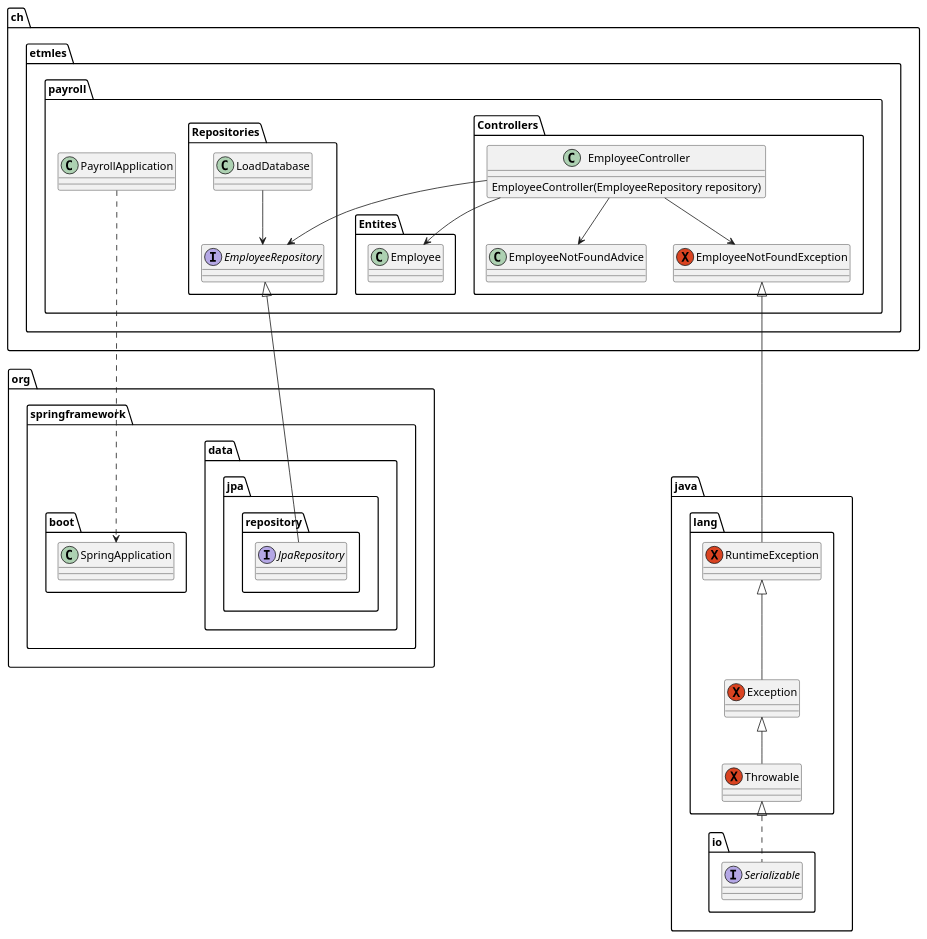
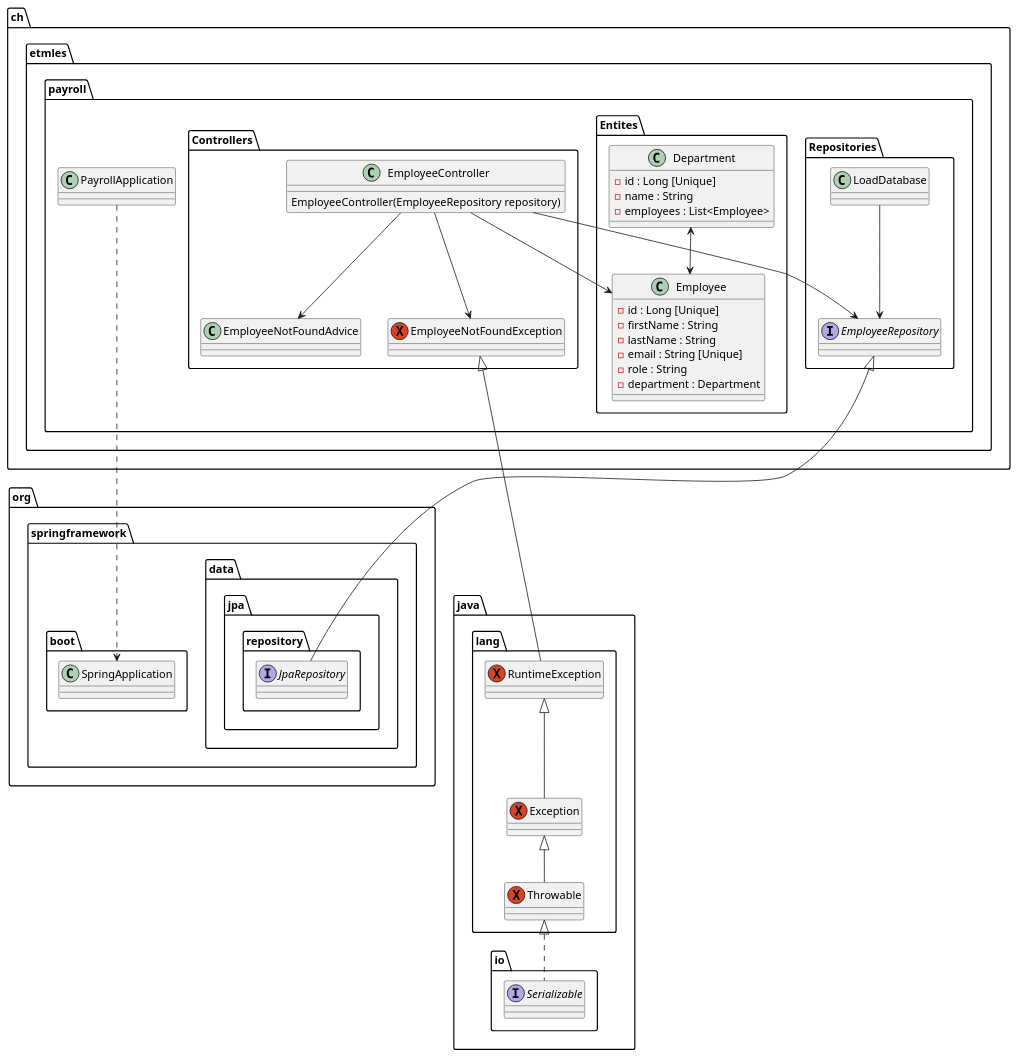
The diagram in class_diagram.puml (SebastienDuruz/spring-warm-up), drawn with PlantUML before and after one commit.

Commit message:
Doc: Update class_diagram

```diff
--- a/class_diagram.puml
+++ b/class_diagram.puml
@@ -1,61 +1,76 @@
 @startuml
 
 package "java.io" {
     interface "Serializable"
 }
 
 package "java.lang" {
     exception "RuntimeException"
     exception "Exception"
     exception "Throwable"
 
     "RuntimeException" <|-- "Exception"
     "Exception" <|-- "Throwable"
     "Throwable" <|.. "Serializable"
 }
 
 package "org.springframework.data.jpa.repository" {
     interface "JpaRepository"
 }
 
 package "ch.etmles.payroll" {
 
     class "PayrollApplication" {
     }
 
     package "org.springframework.boot" {
         class "SpringApplication"
     }
 
     package "Entites" {
-        class "Employee"
+        class "Employee" {
+            - id : Long [Unique]
+            - firstName : String
+            - lastName : String
+            - email : String [Unique]
+            - role : String
+            - department : Department
+        }
+
+        class "Department" {
+            - id : Long [Unique]
+            - name : String
+            - employees : List<Employee>
+        }
+
+        "Department" <--> "Employee"
     }
 
     package "Repositories" {
         interface "EmployeeRepository"
         class "LoadDatabase"
 
         "LoadDatabase" --> "EmployeeRepository"
         "EmployeeRepository" <|-- "JpaRepository"
     }
 
     package "Controllers" {
         class "EmployeeController" {
             EmployeeController(EmployeeRepository repository)
         }
         class "EmployeeNotFoundAdvice"
         exception "EmployeeNotFoundException"
 
         "EmployeeController" --> "EmployeeNotFoundException"
         "EmployeeController" --> "EmployeeNotFoundAdvice"
         "EmployeeController" --> "EmployeeRepository"
         "EmployeeController" --> "Employee"
 
         "EmployeeNotFoundException" <|-- "RuntimeException"
 
     }
 
     "PayrollApplication" ..> "SpringApplication"
 }
 
 @enduml
```
